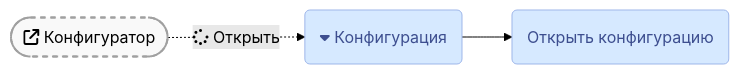
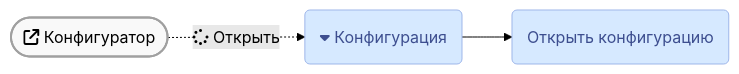
One commit to lugovoe/manual changed the second of 3 diagrams in faq/crash/main-white-window.md. Above: the diagram before and after it, drawn with Mermaid (forest theme). The commit also changed other lines of this file, not shown here.

````diff
--- a/faq/crash/main-white-window.md
+++ b/faq/crash/main-white-window.md
@@ -33,11 +33,11 @@
 ``` mermaid
 flowchart LR
   b1(["fa:fa-external-link Конфигуратор"]) -. fa:fa-spinner Открыть .-> m1;
   m1(fa:fa-caret-down Конфигурация) --> m2;
   m2(Открыть конфигурацию);
   classDef default fill:#d6e9ff,stroke:#a0a0a0,stroke-width:1px;
-  classDef button fill:#f9f9f9,stroke-width:2px,stroke-dasharray:5 5;
+  classDef button fill:#f9f9f9,stroke-width:2px;
   classDef cofnmenu stroke:#9eb6e9,color:#3d4e8f;
   class b1 button;
   class m1,m2 cofnmenu;
 ```
````
